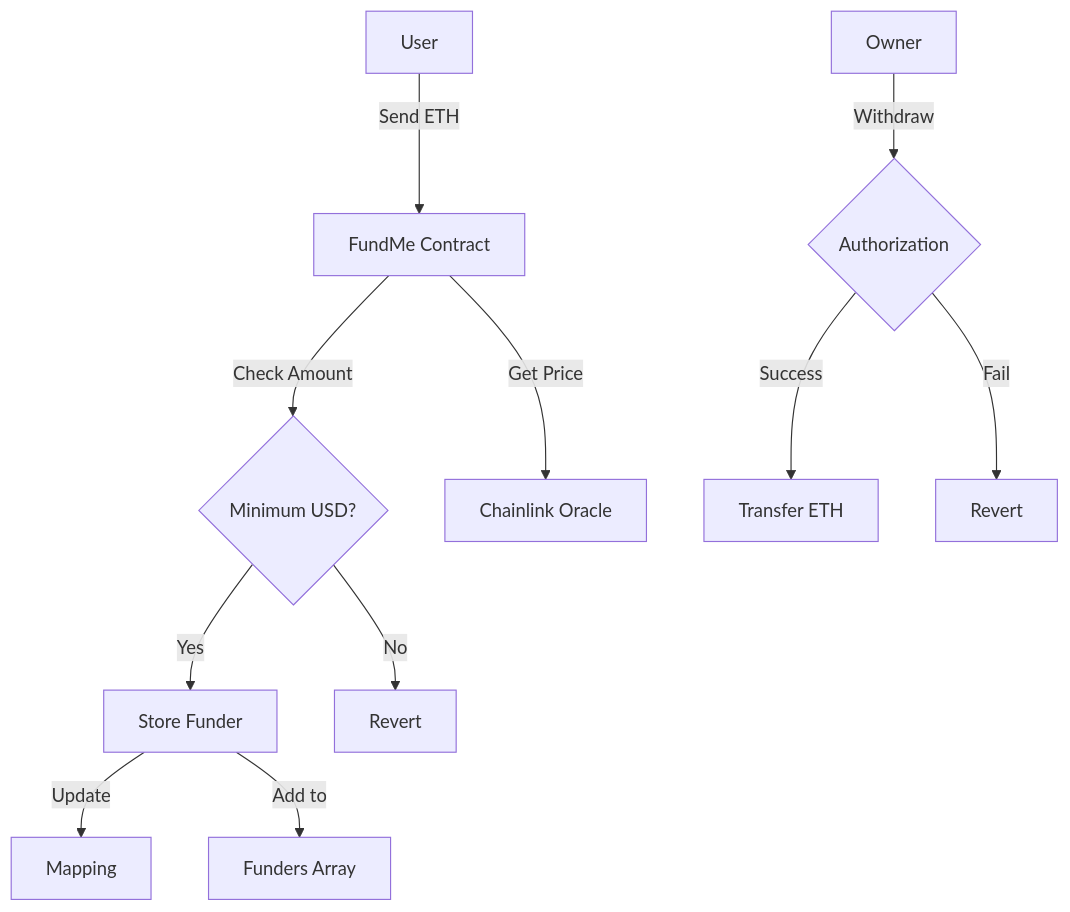
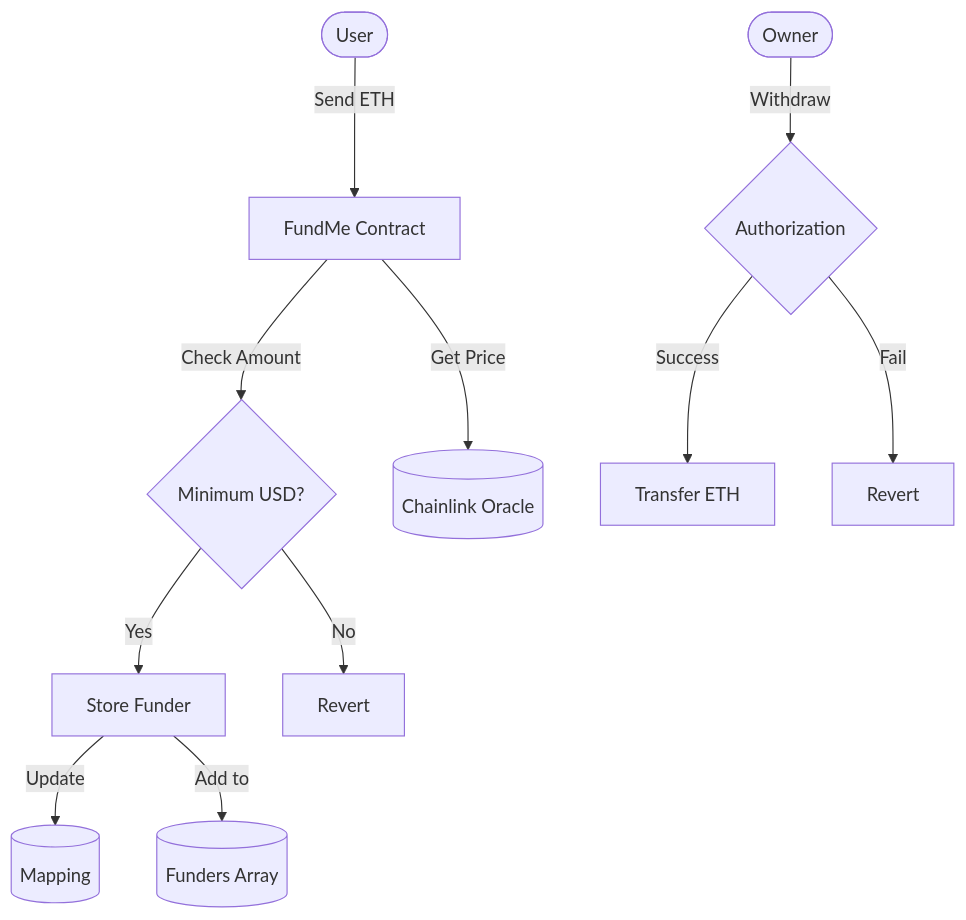
Before and after one commit to VedantAnand17/FundMeEth: the first of 6 diagrams in README.md, drawn with Mermaid. The commit also changed other lines of this file, not shown here.

````diff
--- a/README.md
+++ b/README.md
@@ -11,13 +11,13 @@
 ```mermaid
-graph TD
-    A[User] -->|Send ETH| B[FundMe Contract]
-    B -->|Check Amount| C{Minimum USD?}
-    C -->|Yes| D[Store Funder]
-    C -->|No| E[Revert]
-    D -->|Update| F[Mapping]
-    D -->|Add to| G[Funders Array]
-    H[Owner] -->|Withdraw| I{Authorization}
-    I -->|Success| J[Transfer ETH]
-    I -->|Fail| K[Revert]
-    B -->|Get Price| L[Chainlink Oracle]
+flowchart TD
+    User([User]) -->|Send ETH| FundMe[FundMe Contract]
+    FundMe -->|Check Amount| MinCheck{Minimum USD?}
+    MinCheck -->|Yes| Store[Store Funder]
+    MinCheck -->|No| Revert[Revert]
+    Store -->|Update| Mapping[(Mapping)]
+    Store -->|Add to| Array[(Funders Array)]
+    Owner([Owner]) -->|Withdraw| Auth{Authorization}
+    Auth -->|Success| Transfer[Transfer ETH]
+    Auth -->|Fail| RevertAuth[Revert]
+    FundMe -->|Get Price| Oracle[(Chainlink Oracle)]
 ```
````
